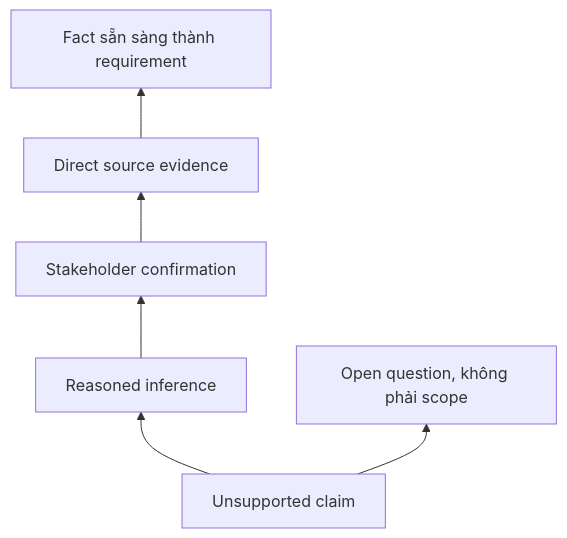
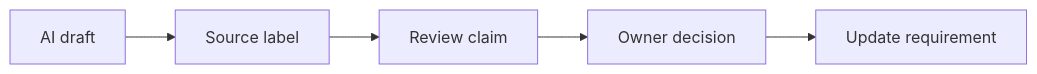
The first of 2 diagrams in docs/vi/lessons/hallucination-and-source-grounding/index.md (anhtnt90dev/ai-for-ba), drawn with Mermaid before and after one commit. The commit also changed other lines of this file and 40 other files, not shown here.

````diff
--- a/docs/vi/lessons/hallucination-and-source-grounding/index.md
+++ b/docs/vi/lessons/hallucination-and-source-grounding/index.md
@@ -68,8 +84,12 @@
 ```mermaid
-flowchart BT
-    A["Unsupported claim"] --> B["Reasoned inference"]
-    B --> C["Stakeholder confirmation"]
-    C --> D["Direct source evidence"]
-    D --> E["Fact sẵn sàng thành requirement"]
-    A --> F["Open question, không phải scope"]
+flowchart LR
+    A["AI draft"]
+    B["Source label"]
+    A --> B
+    C["Review claim"]
+    B --> C
+    D["Owner decision"]
+    C --> D
+    E["Update requirement"]
+    D --> E
 ```
````
